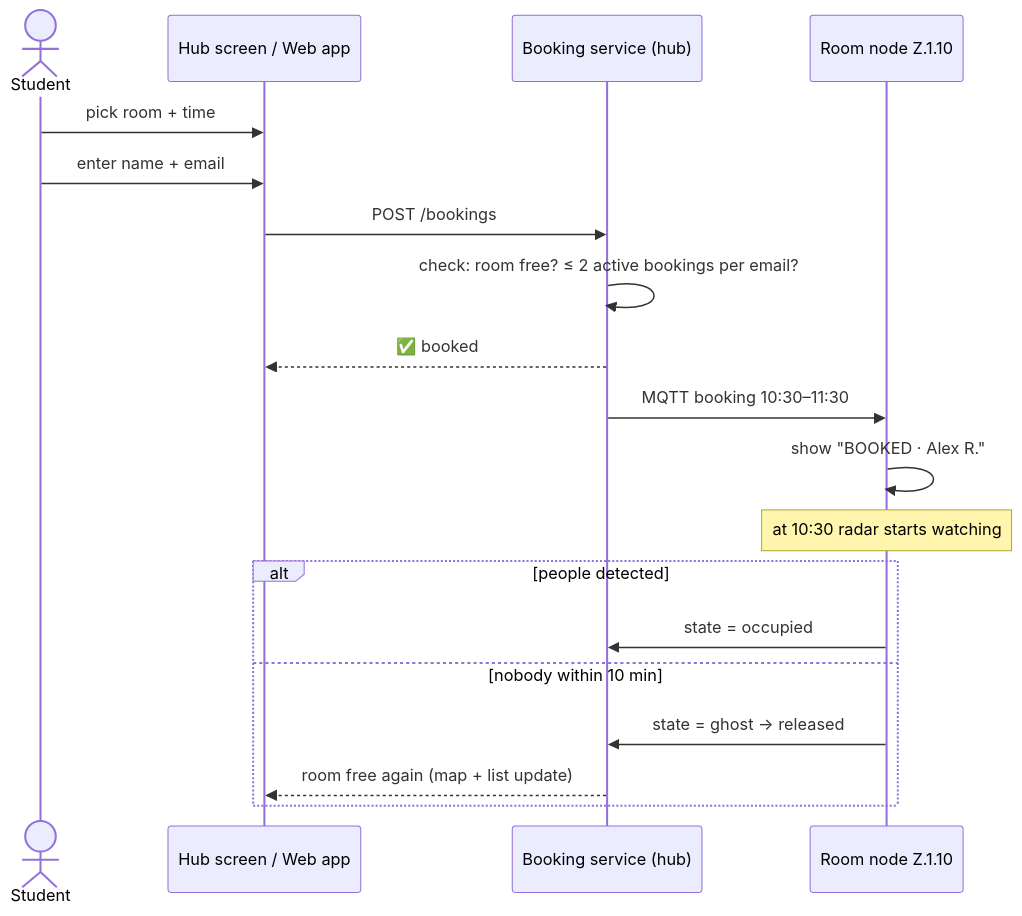
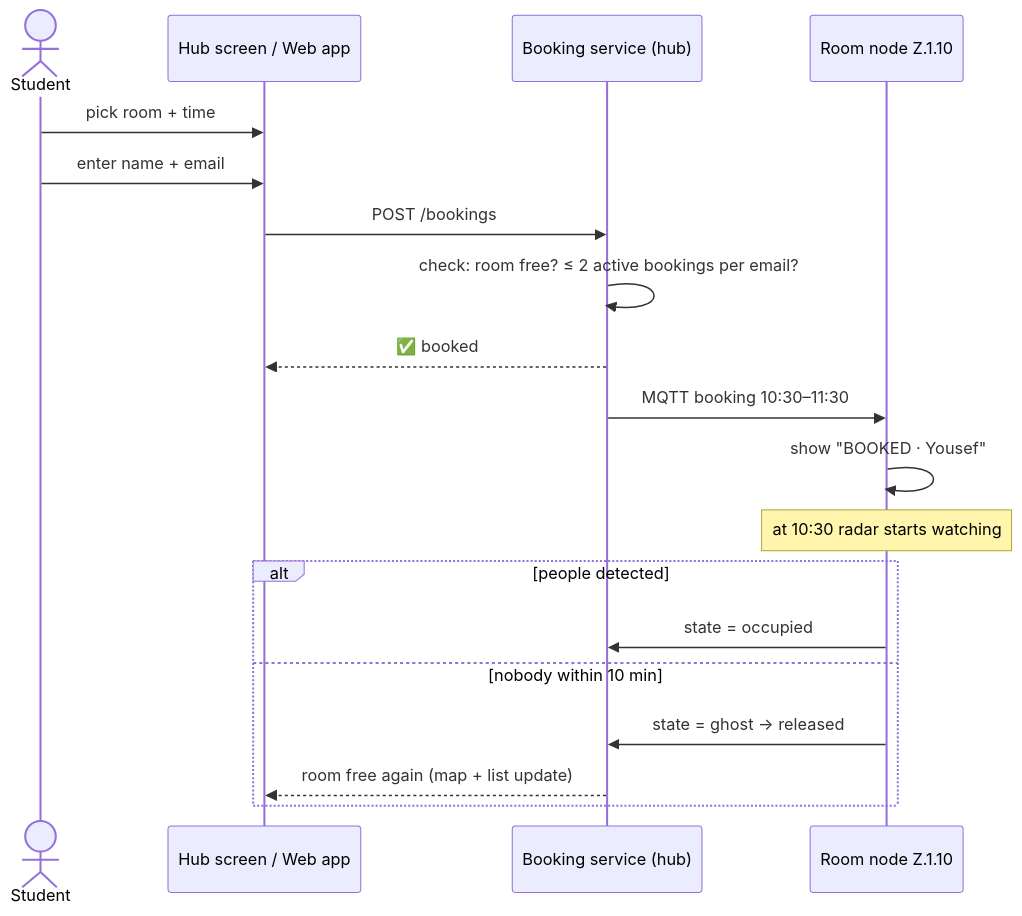
One commit to NadaAbbas444/inhabitx changed the fourth of 6 diagrams in README.md. Above: the diagram before and after it, drawn with Mermaid. The commit also changed other lines of this file, not shown here.

Commit message:
Use Yousef and Felix as example names

````diff
--- a/README.md
+++ b/README.md
@@ -104,22 +104,22 @@
 ```mermaid
 sequenceDiagram
     actor S as Student
     participant UI as Hub screen / Web app
     participant B as Booking service (hub)
     participant R as Room node Z.1.10
 
     S->>UI: pick room + time
     S->>UI: enter name + email
     UI->>B: POST /bookings
     B->>B: check: room free? ≤ 2 active bookings per email?
     B-->>UI: ✅ booked
     B->>R: MQTT booking 10:30–11:30
-    R->>R: show "BOOKED · Alex R."
+    R->>R: show "BOOKED · Yousef"
     Note over R: at 10:30 radar starts watching
     alt people detected
         R->>B: state = occupied
     else nobody within 10 min
         R->>B: state = ghost → released
         B-->>UI: room free again (map + list update)
     end
 ```
````
